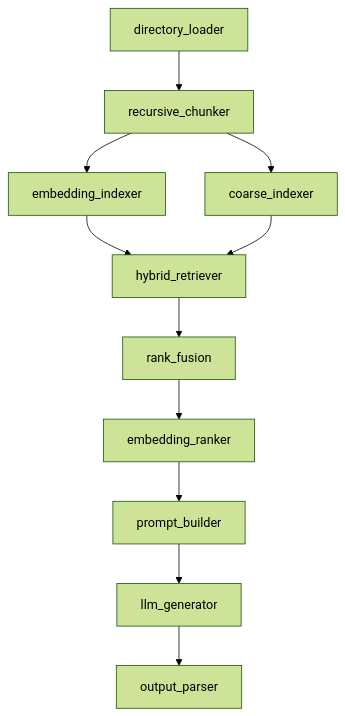
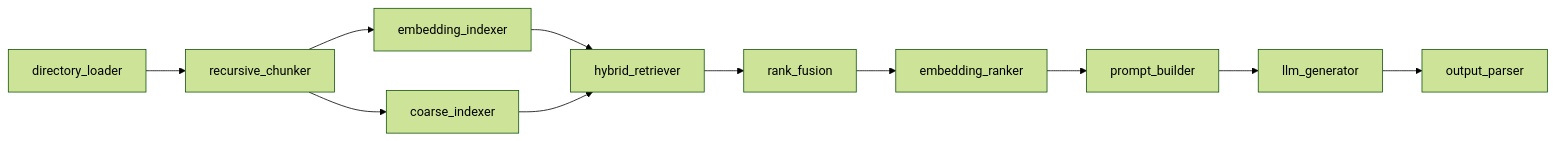
Before and after one commit to nk-droid/rag: the diagram in README.md, drawn with Mermaid (forest theme).

Commit message:
changed orientation of custom pipeline flowchart

````diff
--- a/README.md
+++ b/README.md
@@ -13,13 +13,13 @@
 ```mermaid
-flowchart TD
+flowchart LR
     A[directory_loader] --> B[recursive_chunker]
     B --> C1[embedding_indexer]
     B --> C2[coarse_indexer]
     C1 --> D[hybrid_retriever]
     C2 --> D
     D --> E[rank_fusion]
     E --> F[embedding_ranker]
     F --> G[prompt_builder]
     G --> H[llm_generator]
     H --> I[output_parser]
 ```
````
